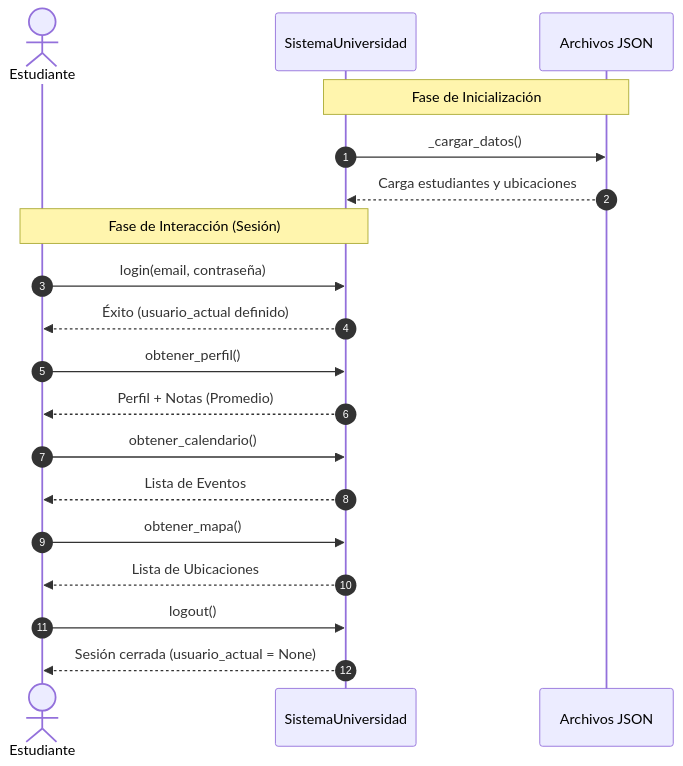
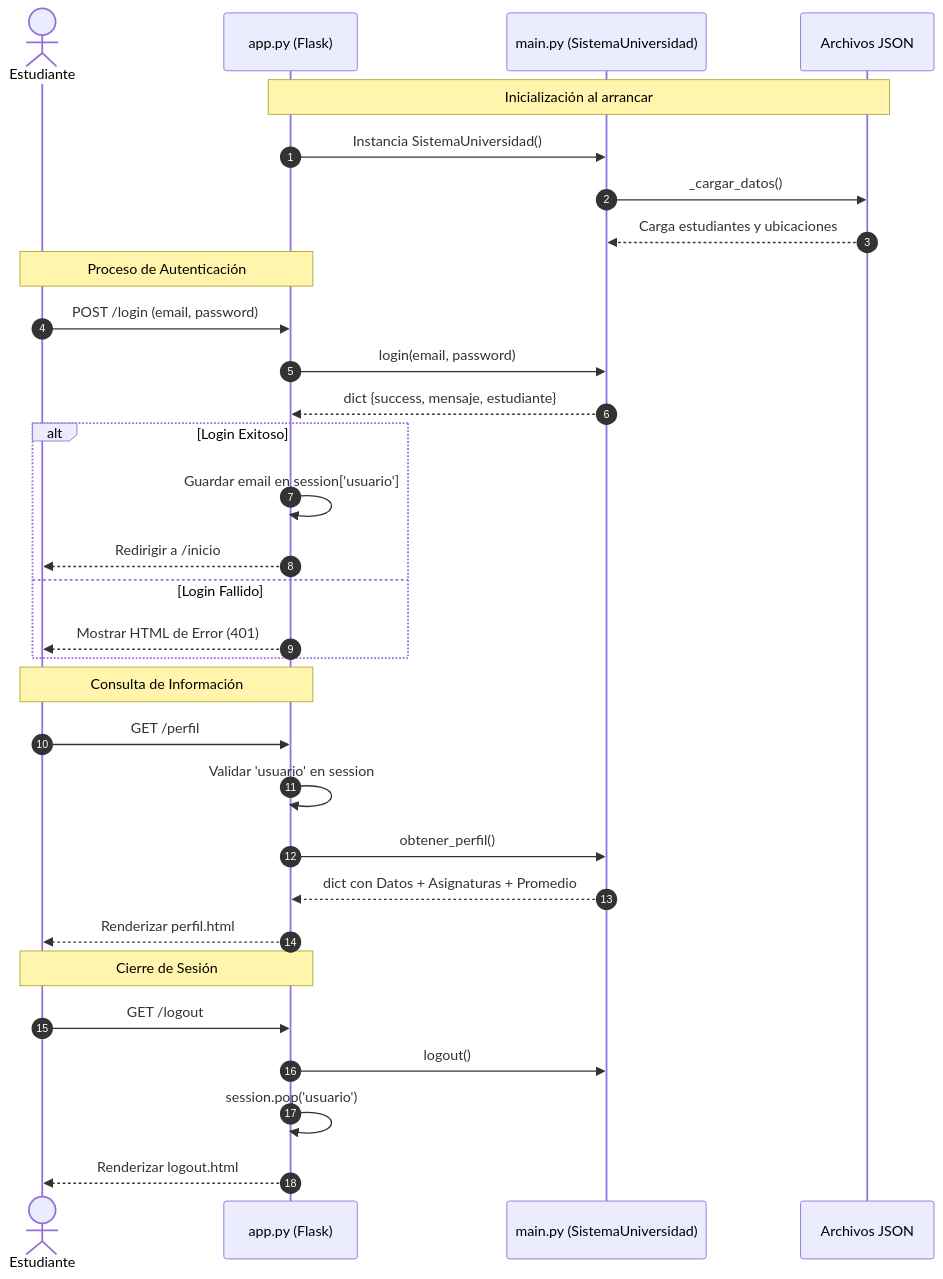
One commit to martin0731/modelado_verificacion_pruebas changed the diagram in diagramas/06_diagrama_secuencia.md. Above: the diagram before and after it, drawn with Mermaid. The commit also changed other lines of this file and 2 other files, not shown here.

Commit message:
actualización de diagramas de componentes, despliegue, secuencia

````diff
--- a/diagramas/06_diagrama_secuencia.md
+++ b/diagramas/06_diagrama_secuencia.md
@@ -64,27 +3,38 @@
 ```mermaid
 sequenceDiagram
     autonumber
     actor Estudiante
-    participant Sistema as SistemaUniversidad
+    participant App as app.py (Flask)
+    participant Sistema as main.py (SistemaUniversidad)
     participant JSON as Archivos JSON
 
-    Note over Sistema, JSON: Fase de Inicialización
+    Note over App, JSON: Inicialización al arrancar
+    App->>Sistema: Instancia SistemaUniversidad()
     Sistema->>JSON: _cargar_datos()
     JSON-->>Sistema: Carga estudiantes y ubicaciones
 
-    Note over Estudiante, Sistema: Fase de Interacción (Sesión)
-    Estudiante->>Sistema: login(email, contraseña)
-    Sistema-->>Estudiante: Éxito (usuario_actual definido)
+    Note over Estudiante, App: Proceso de Autenticación
+    Estudiante->>App: POST /login (email, password)
+    App->>Sistema: login(email, password)
+    Sistema-->>App: dict {success, mensaje, estudiante}
+    
+    alt Login Exitoso
+        App->>App: Guardar email en session['usuario']
+        App-->>Estudiante: Redirigir a /inicio
+    else Login Fallido
+        App-->>Estudiante: Mostrar HTML de Error (401)
+    end
 
-    Estudiante->>Sistema: obtener_perfil()
-    Sistema-->>Estudiante: Perfil + Notas (Promedio)
+    Note over Estudiante, App: Consulta de Información
+    Estudiante->>App: GET /perfil
+    App->>App: Validar 'usuario' en session
+    App->>Sistema: obtener_perfil()
+    Sistema-->>App: dict con Datos + Asignaturas + Promedio
+    App-->>Estudiante: Renderizar perfil.html
 
-    Estudiante->>Sistema: obtener_calendario()
-    Sistema-->>Estudiante: Lista de Eventos
-
-    Estudiante->>Sistema: obtener_mapa()
-    Sistema-->>Estudiante: Lista de Ubicaciones
-
-    Estudiante->>Sistema: logout()
-    Sistema-->>Estudiante: Sesión cerrada (usuario_actual = None)
+    Note over Estudiante, App: Cierre de Sesión
+    Estudiante->>App: GET /logout
+    App->>Sistema: logout()
+    App->>App: session.pop('usuario')
+    App-->>Estudiante: Renderizar logout.html
 ```
````
